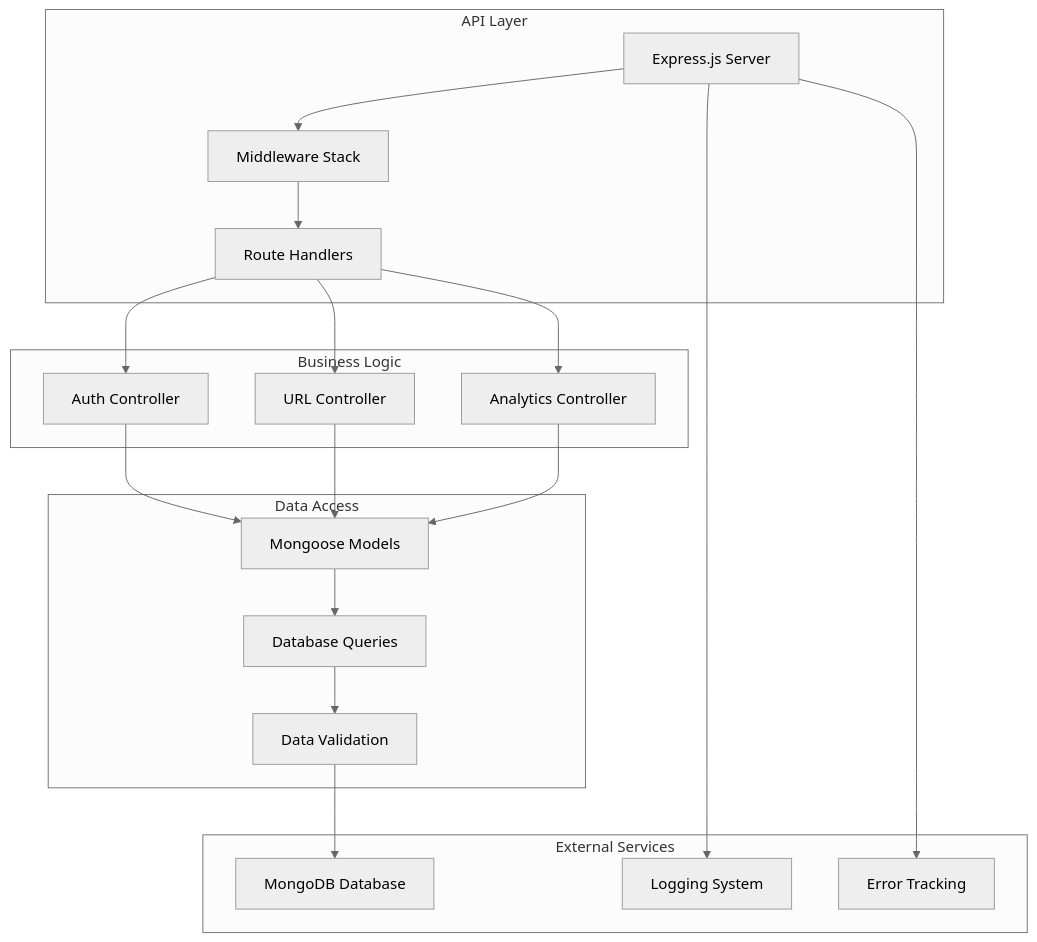
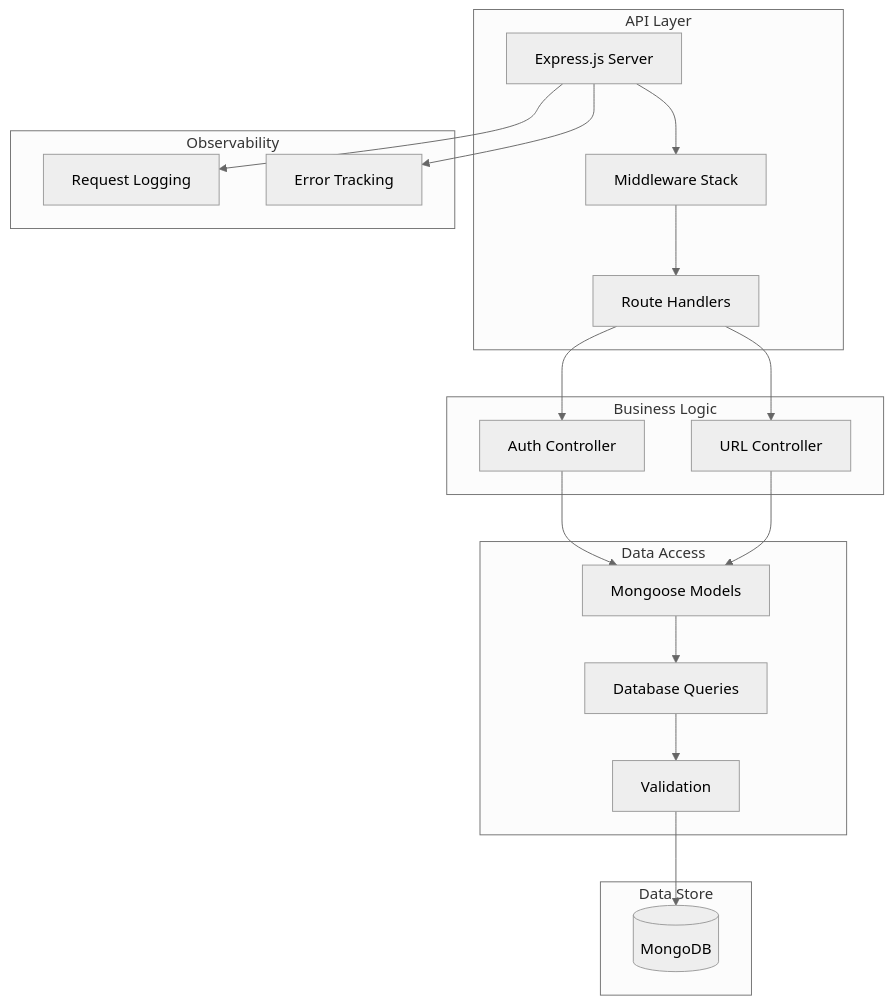
One commit to bhutuklearning/Basic-URL-Shortener changed the diagram in backend/README.md. Above: the diagram before and after it, drawn with Mermaid (neutral theme). The commit also changed other lines of this file, not shown here.

````diff
--- a/backend/README.md
+++ b/backend/README.md
@@ -81,40 +85,40 @@
 ```mermaid
 graph TB
     subgraph "API Layer"
         A[Express.js Server]
         B[Middleware Stack]
         C[Route Handlers]
     end
 
     subgraph "Business Logic"
         D[Auth Controller]
         E[URL Controller]
-        F[Analytics Controller]
     end
 
     subgraph "Data Access"
         G[Mongoose Models]
         H[Database Queries]
-        I[Data Validation]
+        I[Validation]
     end
 
-    subgraph "External Services"
-        J[MongoDB Database]
-        K[Logging System]
+    subgraph "Data Store"
+        J[(MongoDB)]
+    end
+
+    subgraph "Observability"
+        K[Request Logging]
         L[Error Tracking]
     end
 
     A --> B
     B --> C
     C --> D
     C --> E
-    C --> F
     D --> G
     E --> G
-    F --> G
     G --> H
     H --> I
     I --> J
     A --> K
     A --> L
 ```
````
